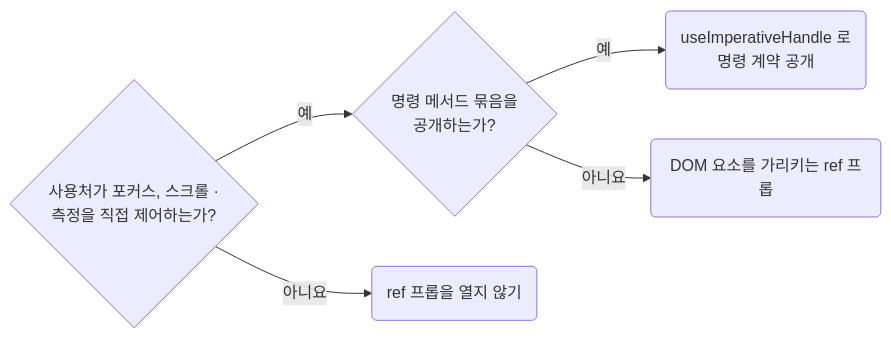
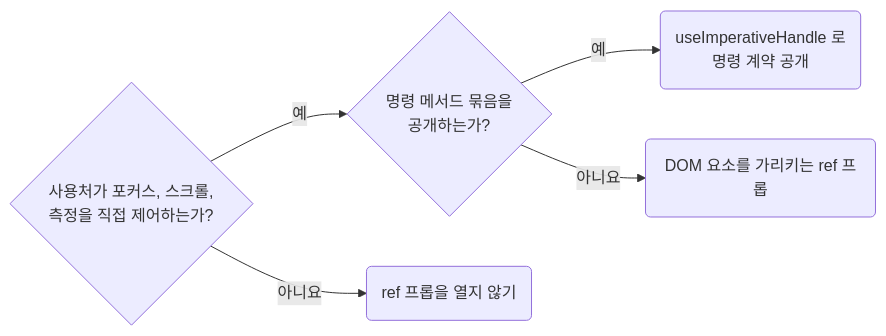
The diagram in skill/react/contracts/composition-open-ref-props-only-for-imperative-contracts.md (minu-ha/agent-conventions), drawn with Mermaid before and after one commit. The commit also changed 14 other files, not shown here.

````diff
--- a/skill/react/contracts/composition-open-ref-props-only-for-imperative-contracts.md
+++ b/skill/react/contracts/composition-open-ref-props-only-for-imperative-contracts.md
@@ -10,6 +10,6 @@
 ```mermaid
 flowchart LR
-	q1{"사용처가 포커스, 스크롤 ·<br>측정을 직접 제어하는가?"} -- 예 --> q2{"명령 메서드 묶음을<br>공개하는가?"} -- 예 --> r3("useImperativeHandle 로<br>명령 계약 공개")
+	q1{"사용처가 포커스, 스크롤,<br>측정을 직접 제어하는가?"} -- 예 --> q2{"명령 메서드 묶음을<br>공개하는가?"} -- 예 --> r3("useImperativeHandle 로<br>명령 계약 공개")
 	q1 -- 아니요 --> r1("ref 프롭을 열지 않기")
 	q2 -- 아니요 --> r2("DOM 요소를 가리키는 ref 프롭")
 ```
````
